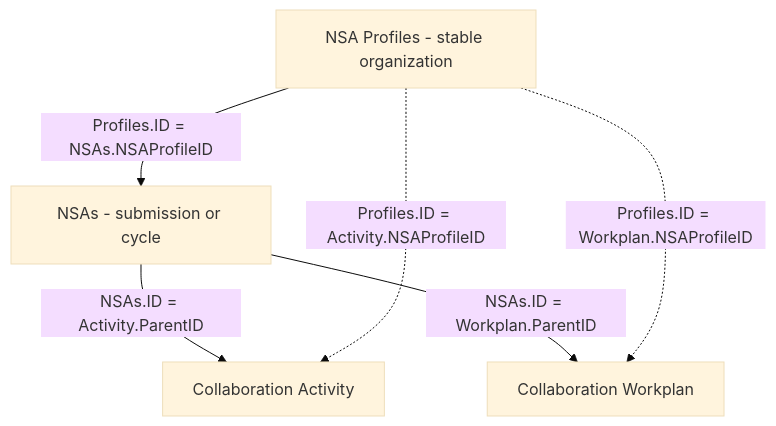
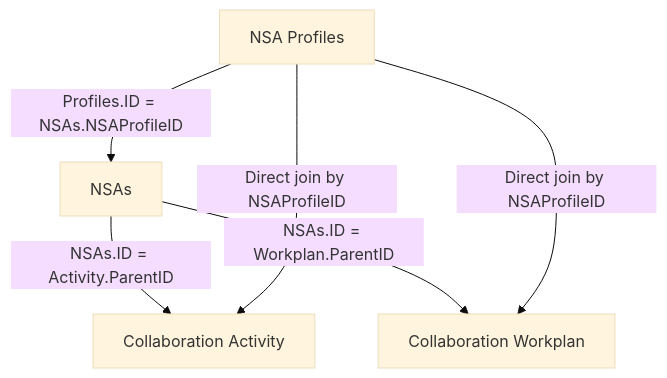
Before and after one commit to geraldotech/paho-nsa: the diagram in docs/NSA_web_frontier/dev-data-structure-validation-report.md, drawn with Mermaid (base theme). The commit also changed other lines of this file, not shown here.

````diff
--- a/docs/NSA_web_frontier/dev-data-structure-validation-report.md
+++ b/docs/NSA_web_frontier/dev-data-structure-validation-report.md
@@ -215,13 +62,13 @@
 ```mermaid
-flowchart TD
-    Profile["NSA Profiles - stable organization"]
-    NSA["NSAs - submission or cycle"]
-    Activity["Collaboration Activity"]
-    Workplan["Collaboration Workplan"]
+graph TD
+    P[NSA Profiles]
+    N[NSAs]
+    A[Collaboration Activity]
+    W[Collaboration Workplan]
 
-    Profile -->|"Profiles.ID = NSAs.NSAProfileID"| NSA
-    NSA -->|"NSAs.ID = Activity.ParentID"| Activity
-    NSA -->|"NSAs.ID = Workplan.ParentID"| Workplan
-    Profile -.->|"Profiles.ID = Activity.NSAProfileID"| Activity
-    Profile -.->|"Profiles.ID = Workplan.NSAProfileID"| Workplan
+    P -->|Profiles.ID = NSAs.NSAProfileID| N
+    N -->|NSAs.ID = Activity.ParentID| A
+    N -->|NSAs.ID = Workplan.ParentID| W
+    P -->|Direct join by NSAProfileID| A
+    P -->|Direct join by NSAProfileID| W
 ```
````
